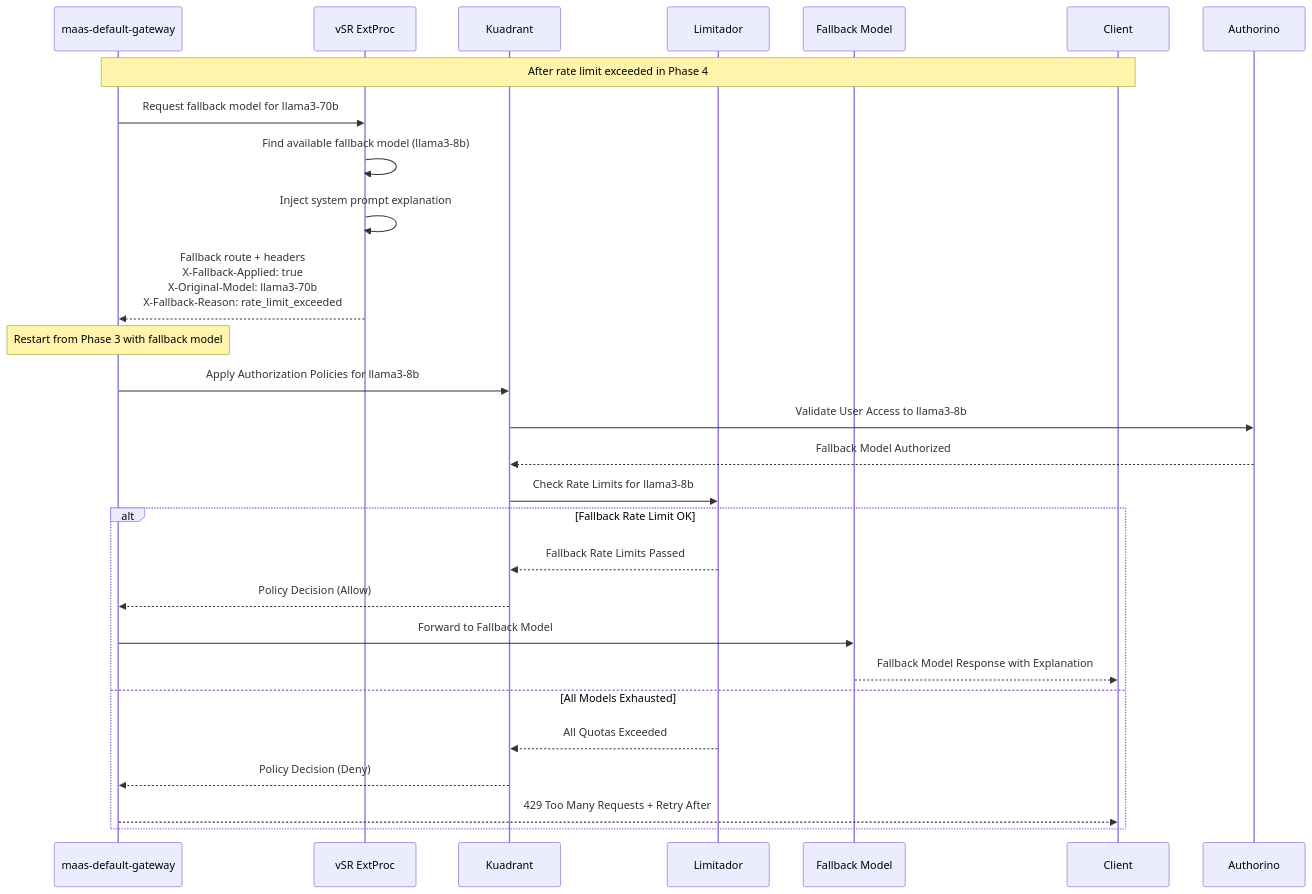
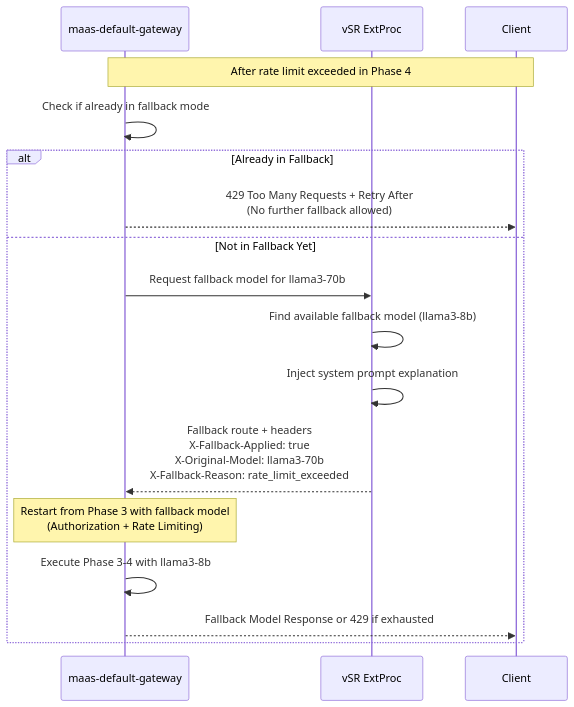
Before and after one commit to noyitz/maas-billing: diagram 13 of 15 in docs/designs/vSR-Integration/README.md, drawn with Mermaid.

Commit message:
Simplify fallback diagram and prevent infinite fallback loops
- Simplified Phase 4.5 sequence diagram by removing redundant auth/rate limit details
- Added fallback loop prevention check (already in fallback → 429 error)
- Clear branching: first fallback vs already tried fallback
- Restart from Phase 3 covers full authorization + rate limiting flow
- Prevents cascading fallback attempts that could cause infinite loops

🤖 Generated with [Claude Code](https://claude.ai/code)

````diff
--- a/docs/designs/vSR-Integration/README.md
+++ b/docs/designs/vSR-Integration/README.md
@@ -490,32 +490,22 @@
 ```mermaid
 sequenceDiagram
     participant Gateway as maas-default-gateway
     participant vSR as vSR ExtProc
-    participant Kuadrant
-    participant Limitador
-    participant KServe as Fallback Model
     participant Client
     
     Note over Gateway,Client: After rate limit exceeded in Phase 4
-    Gateway->>vSR: Request fallback model for llama3-70b
-    vSR->>vSR: Find available fallback model (llama3-8b)
-    vSR->>vSR: Inject system prompt explanation
-    vSR-->>Gateway: Fallback route + headers<br/>X-Fallback-Applied: true<br/>X-Original-Model: llama3-70b<br/>X-Fallback-Reason: rate_limit_exceeded
+    Gateway->>Gateway: Check if already in fallback mode
     
-    Note over Gateway: Restart from Phase 3 with fallback model
-    Gateway->>Kuadrant: Apply Authorization Policies for llama3-8b
-    Kuadrant->>Authorino: Validate User Access to llama3-8b
-    Authorino-->>Kuadrant: Fallback Model Authorized
-    Kuadrant->>Limitador: Check Rate Limits for llama3-8b
-    
-    alt Fallback Rate Limit OK
-        Limitador-->>Kuadrant: Fallback Rate Limits Passed
-        Kuadrant-->>Gateway: Policy Decision (Allow)
-        Gateway->>KServe: Forward to Fallback Model
-        KServe-->>Client: Fallback Model Response with Explanation
-    else All Models Exhausted
-        Limitador-->>Kuadrant: All Quotas Exceeded
-        Kuadrant-->>Gateway: Policy Decision (Deny)
-        Gateway-->>Client: 429 Too Many Requests + Retry After
+    alt Already in Fallback
+        Gateway-->>Client: 429 Too Many Requests + Retry After<br/>(No further fallback allowed)
+    else Not in Fallback Yet
+        Gateway->>vSR: Request fallback model for llama3-70b
+        vSR->>vSR: Find available fallback model (llama3-8b)
+        vSR->>vSR: Inject system prompt explanation
+        vSR-->>Gateway: Fallback route + headers<br/>X-Fallback-Applied: true<br/>X-Original-Model: llama3-70b<br/>X-Fallback-Reason: rate_limit_exceeded
+        
+        Note over Gateway: Restart from Phase 3 with fallback model<br/>(Authorization + Rate Limiting)
+        Gateway->>Gateway: Execute Phase 3-4 with llama3-8b
+        Gateway-->>Client: Fallback Model Response or 429 if exhausted
     end
 ```
````
